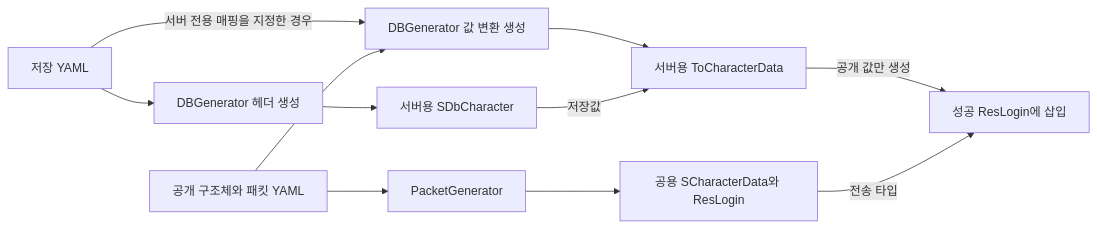
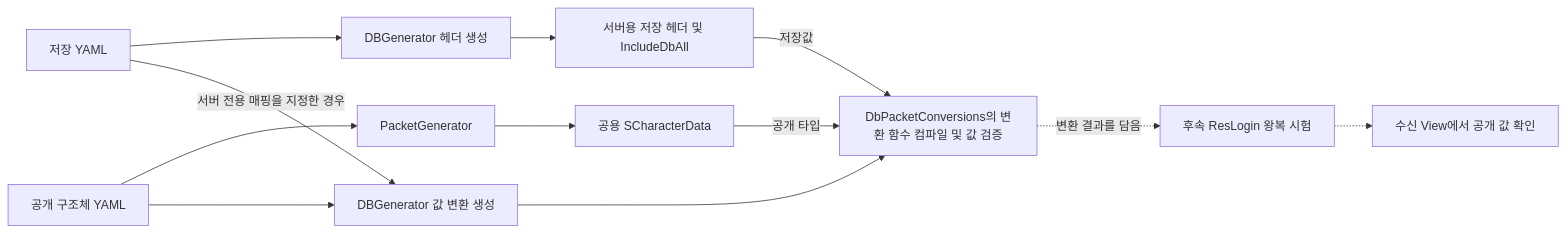
Before and after one commit to MyungHyun-Ahn/Portfolio: the second of 3 diagrams in 13_MMO_Project/Docs/Plan/Server/015_캐릭터_저장_구조와_DBGenerator_계획.md, drawn with Mermaid. The commit also changed other lines of this file and 23 other files, not shown here.

````diff
--- a/13_MMO_Project/Docs/Plan/Server/015_캐릭터_저장_구조와_DBGenerator_계획.md
+++ b/13_MMO_Project/Docs/Plan/Server/015_캐릭터_저장_구조와_DBGenerator_계획.md
@@ -82,13 +86,14 @@
 ```mermaid
 flowchart LR
     D[저장 YAML] --> H[DBGenerator 헤더 생성]
-    H --> S[서버용 SDbCharacter]
-    P[공개 구조체와 패킷 YAML] --> W[PacketGenerator]
-    W --> T[공용 SCharacterData와 ResLogin]
+    H --> S[서버용 저장 헤더 및 IncludeDbAll]
+    P[공개 구조체 YAML] --> W[PacketGenerator]
+    W --> T[공용 SCharacterData]
     D -->|서버 전용 매핑을 지정한 경우| G[DBGenerator 값 변환 생성]
     P --> G
-    G --> F[서버용 ToCharacterData]
+    G --> F[DbPacketConversions의 변환 함수 컴파일 및 값 검증]
+    T -->|공개 타입| F
     S -->|저장값| F
-    F -->|공개 값만 생성| R[성공 ResLogin에 삽입]
-    T -->|전송 타입| R
+    F -.->|변환 결과를 담음| R[후속 ResLogin 왕복 시험]
+    R -.-> V[수신 View에서 공개 값 확인]
 ```
````
